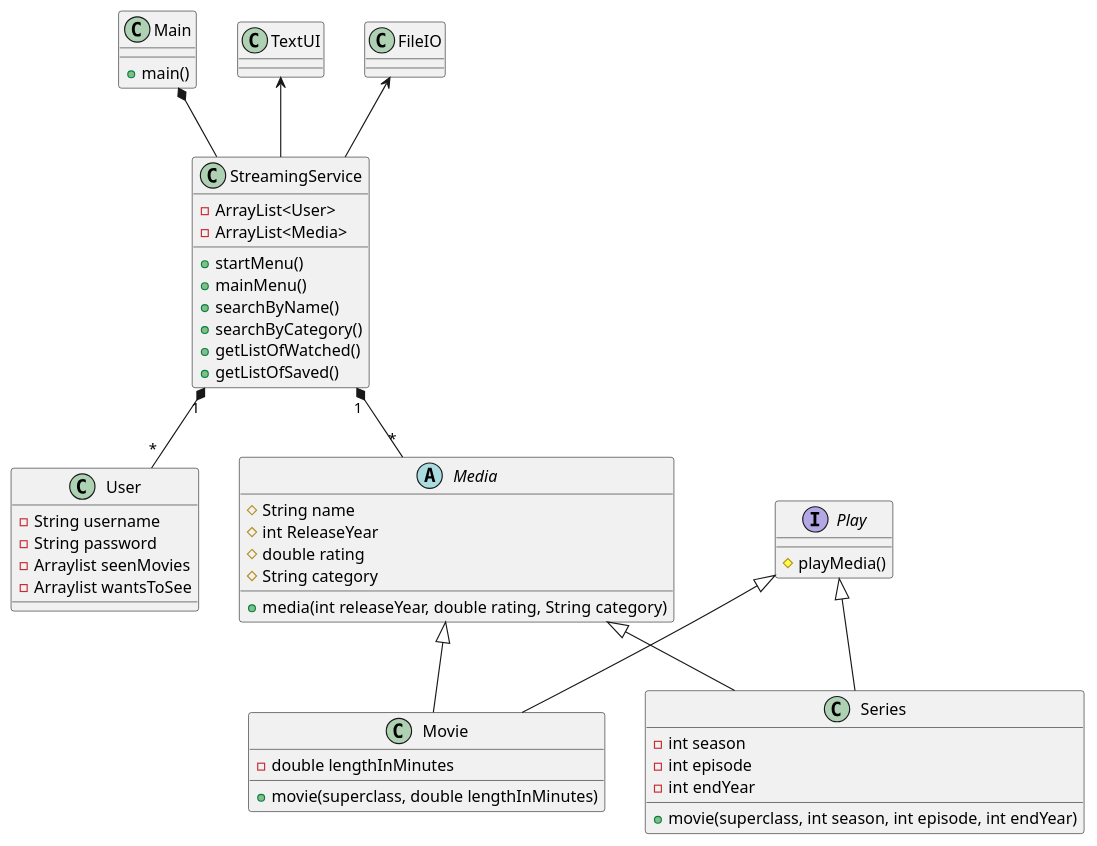
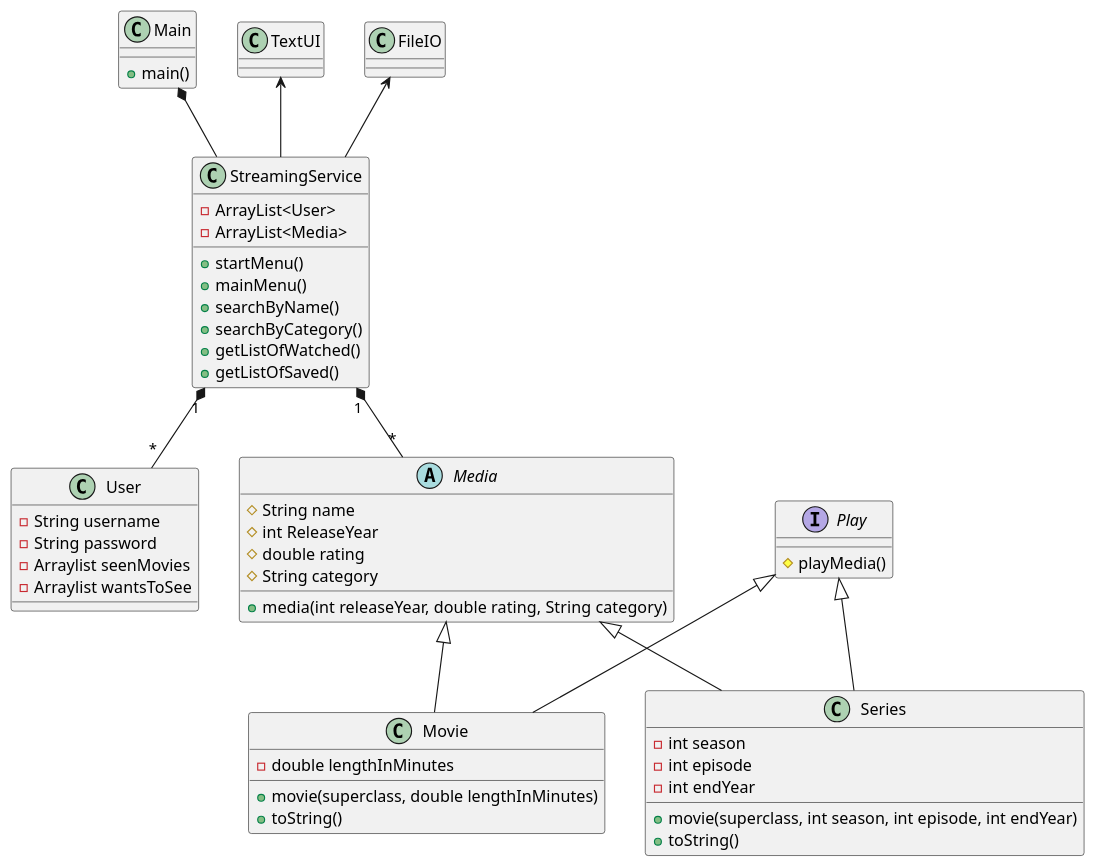
Before and after one commit to Eligoon/SP3_Gruppe_G: the diagram in src/SP3ClassDiagram v.1.puml, drawn with PlantUML.

```diff
--- a/src/SP3ClassDiagram v.1.puml
+++ b/src/SP3ClassDiagram v.1.puml
@@ -1,76 +1,78 @@
 @startuml
 'https://plantuml.com/class-diagram
 
 Main *-- StreamingService
 StreamingService "1" *-- "*" User
 StreamingService "1" *-- "*" Media
 Media <|-- Movie
 Media <|-- Series
 TextUI <--StreamingService
 FileIO <-- StreamingService
 Play <|-- Movie
 Play <|-- Series
 
 
 class Main
 {
 + main()
 }
 
 class StreamingService
 {
  - ArrayList<User>
  - ArrayList<Media>
  + startMenu()
  + mainMenu()
  + searchByName()
  + searchByCategory()
  + getListOfWatched()
  + getListOfSaved()
 }
 
 abstract class Media
 {
 # String name
 # int ReleaseYear
 # double rating
 # String category
 + media(int releaseYear, double rating, String category)
 }
 
 class Movie
 {
 - double lengthInMinutes
 + movie(superclass, double lengthInMinutes)
++ toString()
 }
 
 class Series
 {
 - int season
 - int episode
 - int endYear
 + movie(superclass, int season, int episode, int endYear)
++ toString()
 }
 
 class User
 {
 - String username
 - String password
 - Arraylist seenMovies
 - Arraylist wantsToSee
 }
 
 class TextUI
 {
 }
 
 class FileIO
 {
 }
 
 interface Play
 {
 # playMedia()
 }
 
 @enduml
```
